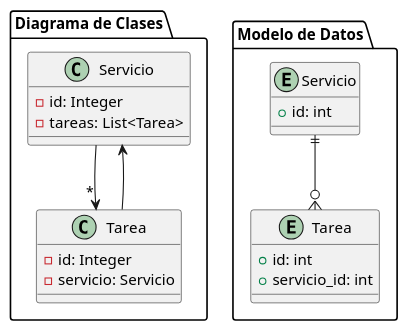
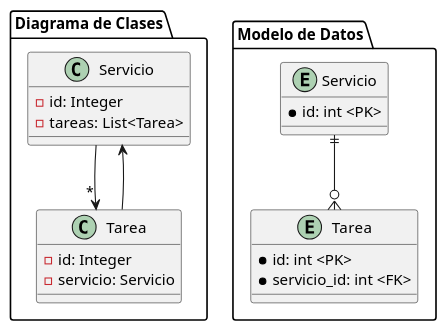
One commit to nachovilla123/apunte-persistencia changed the diagram in Alternativa1mapeoOneTOMany.puml. Above: the diagram before and after it, drawn with PlantUML. The commit also changed 14 other files, not shown here.

```diff
--- a/Alternativa1mapeoOneTOMany.puml
+++ b/Alternativa1mapeoOneTOMany.puml
@@ -1,29 +1,29 @@
 @startuml
 package "Diagrama de Clases" {
     class Servicio {
         -id: Integer
         -tareas: List<Tarea>
     }
 
     class Tarea {
         -id: Integer
         -servicio: Servicio
     }
 
     Servicio -->"*" Tarea
     Tarea --> Servicio
 }
 
 package "Modelo de Datos" {
     entity "Servicio" as servicio {
-        +id: int
+        *id: int <PK>
     }
 
     entity "Tarea" as tarea {
-        +id: int
-        +servicio_id: int
+        *id: int <PK>
+        *servicio_id: int <FK>
     }
 
     servicio ||--o{ tarea
 }
 @enduml
```
